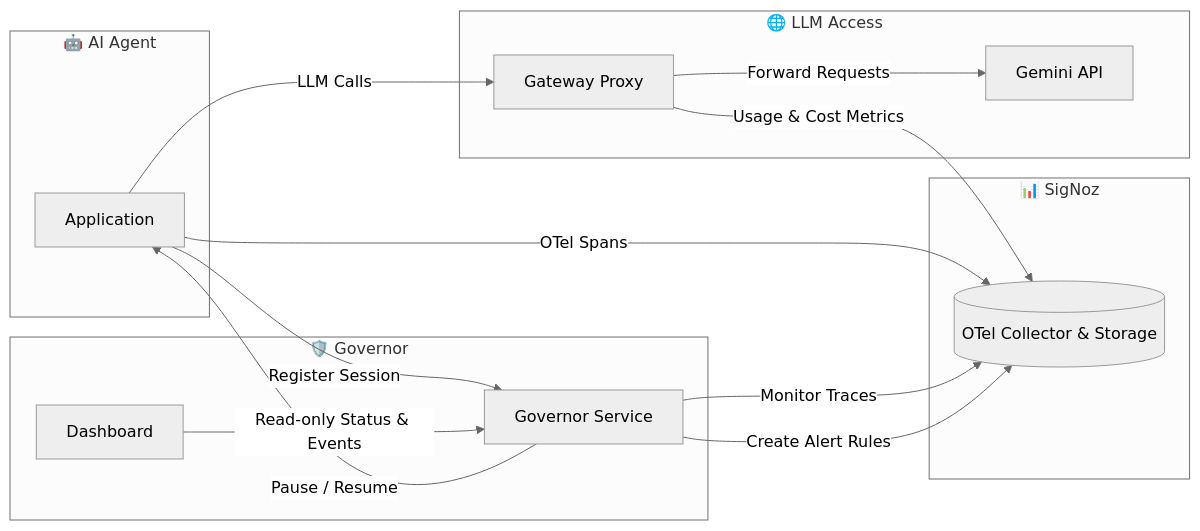
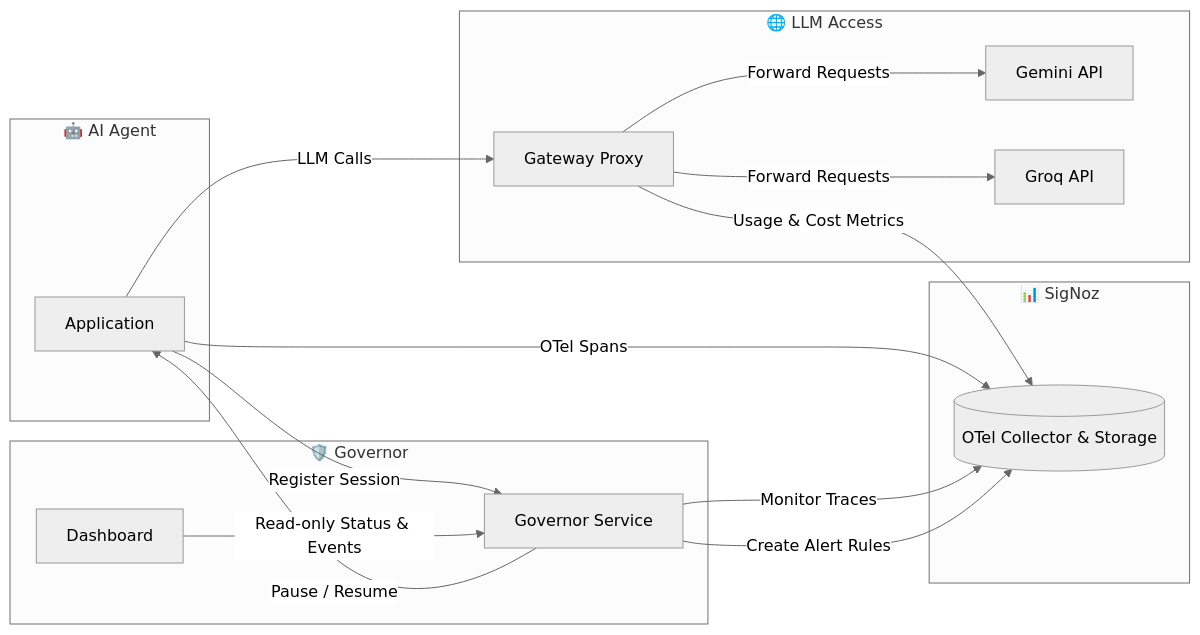
One commit to Archesus/Signoz-Governor changed the diagram in README.md. Above: the diagram before and after it, drawn with Mermaid (neutral theme). The commit also changed other lines of this file, not shown here.

First line of the commit message:
Enhance README with Groq API and service updates

````diff
--- a/README.md
+++ b/README.md
@@ -32,42 +32,44 @@
 ```mermaid
 flowchart LR
 
 %% =========================
 %% Components
 %% =========================
 
 subgraph Agent["🤖 AI Agent"]
     A[Application]
 end
 
 subgraph Control["🛡️ Governor"]
     G[Governor Service]
     D[Dashboard]
 end
 
 subgraph Observability["📊 SigNoz"]
     S[(OTel Collector & Storage)]
 end
 
 subgraph LLM["🌐 LLM Access"]
     P[Gateway Proxy]
     GM[Gemini API]
+    GQ[Groq API]
 end
 
 %% =========================
 %% Data Flow
 %% =========================
 
 A -- OTel Spans --> S
 A -- Register Session --> G
 A -- LLM Calls --> P
 
 P -- Forward Requests --> GM
+P -- Forward Requests --> GQ
 P -- Usage & Cost Metrics --> S
 
 G -- Monitor Traces --> S
 G -- Pause / Resume --> A
 G -- Create Alert Rules --> S
 
 D -- Read-only Status & Events --> G
 ```
````
